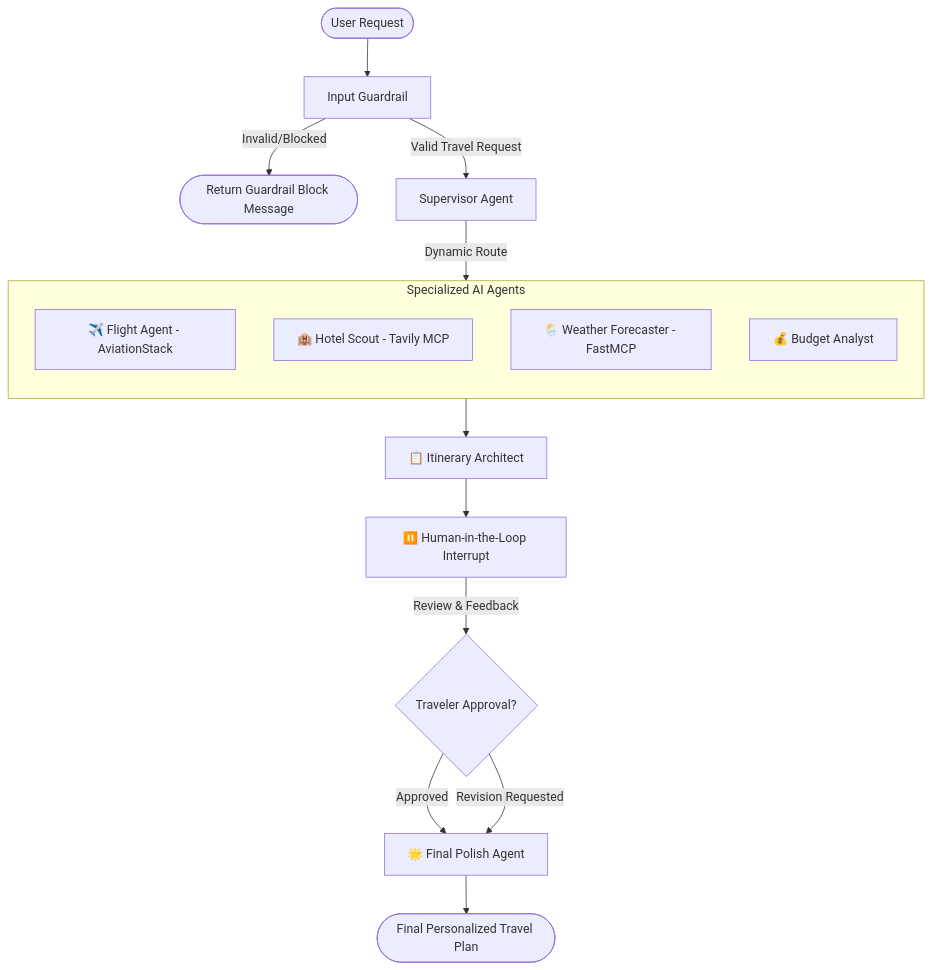
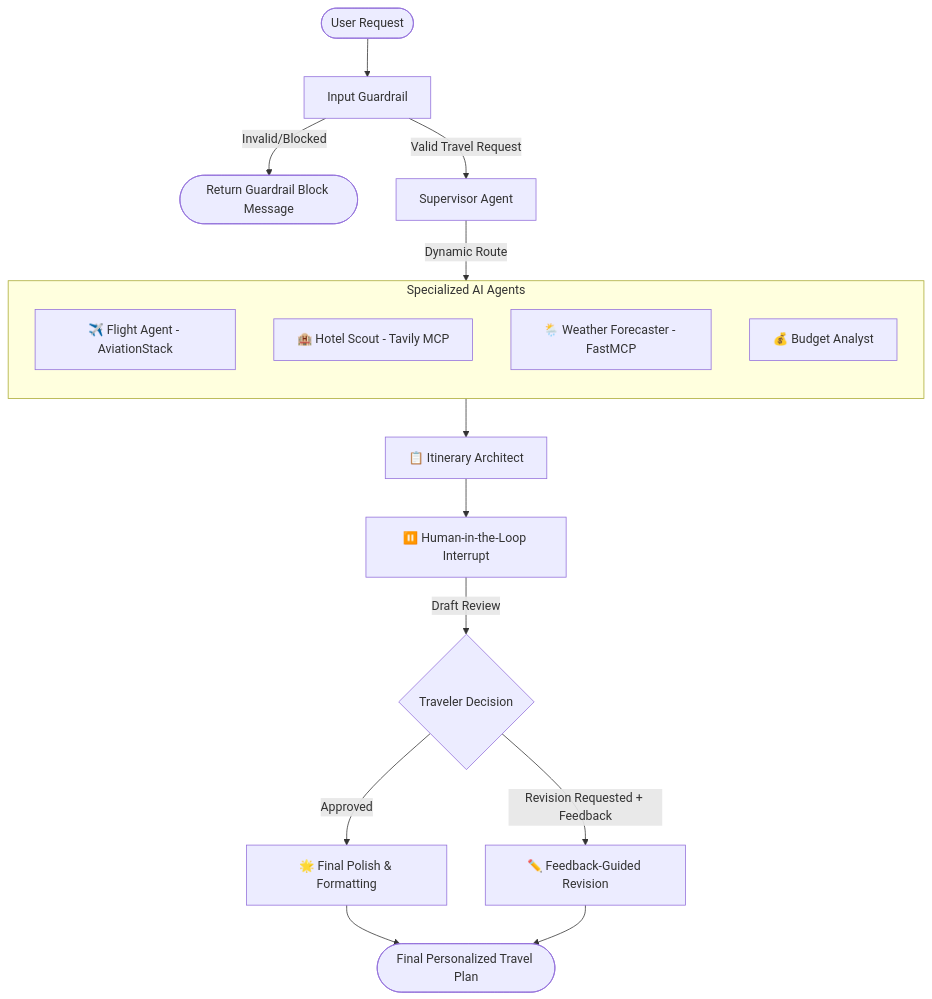
Before and after one commit to kshvyadav/LangTrip-AI----Multi-Agent-Travel-Planner: the diagram in README.md, drawn with Mermaid.

Commit message:
Edit Workflow

````diff
--- a/README.md
+++ b/README.md
@@ -29,25 +29,26 @@
 ```mermaid
 flowchart TD
     Start([User Request]) --> Guardrail[Input Guardrail]
     Guardrail -->|Invalid/Blocked| BlockedEnd([Return Guardrail Block Message])
     Guardrail -->|Valid Travel Request| Supervisor[Supervisor Agent]
     
     Supervisor -->|Dynamic Route| Specialists
     
     subgraph Specialists [Specialized AI Agents]
         direction TB
         FlightAgent[✈️ Flight Agent - AviationStack]
         HotelAgent[🏨 Hotel Scout - Tavily MCP]
         WeatherAgent[🌦️ Weather Forecaster - FastMCP]
         BudgetAgent[💰 Budget Analyst]
     end
 
     Specialists --> ItineraryAgent[📋 Itinerary Architect]
     ItineraryAgent --> HITL[⏸️ Human-in-the-Loop Interrupt]
     
-    HITL -->|Review & Feedback| UserDecision{Traveler Approval?}
-    UserDecision -->|Approved| FinalAgent[🌟 Final Polish Agent]
-    UserDecision -->|Revision Requested| FinalAgent
+    HITL -->|Draft Review| UserDecision{Traveler Decision}
+    UserDecision -->|Approved| Polish[🌟 Final Polish & Formatting]
+    UserDecision -->|Revision Requested + Feedback| Revise[✏️ Feedback-Guided Revision]
     
-    FinalAgent --> MasterPlan([Final Personalized Travel Plan])
+    Polish --> MasterPlan([Final Personalized Travel Plan])
+    Revise --> MasterPlan
 ```
````
